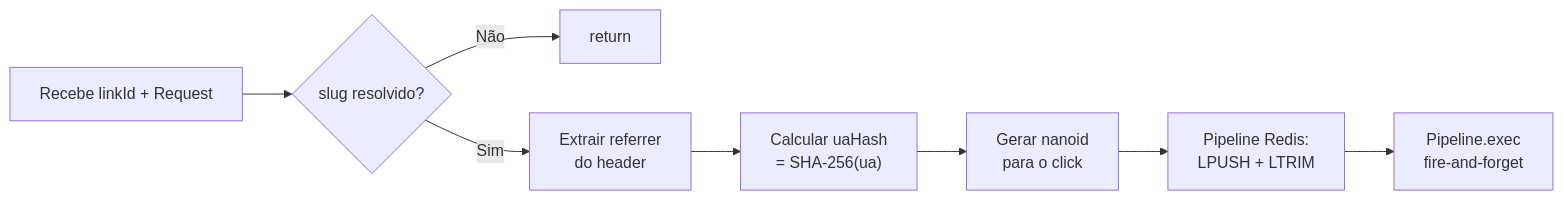
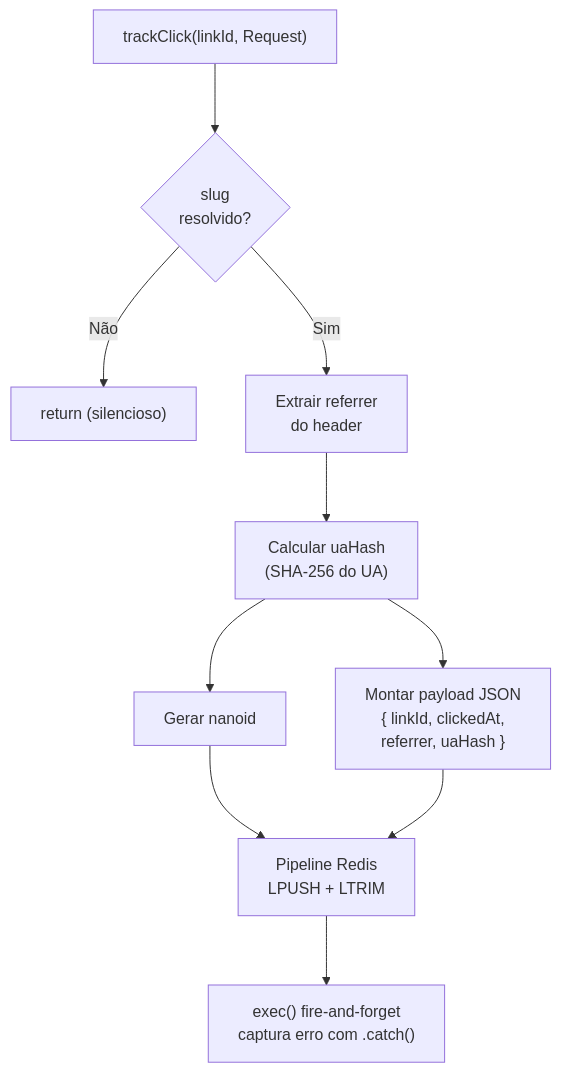
Before and after one commit to eduardoaugustolb/encurtador-url: the second of 3 diagrams in docs/processos-background.md, drawn with Mermaid. The commit also changed other lines of this file and 3 other files, not shown here.

Commit message:
docs: reorganize mermaid diagrams with spacing, autonumber, and color-coded phases

````diff
--- a/docs/processos-background.md
+++ b/docs/processos-background.md
@@ -53,10 +59,19 @@
 ```mermaid
-flowchart LR
-    A["Recebe linkId + Request"] --> B{"slug resolvido?"}
-    B -->|Não| Z["return"]
+%%{init: {'flowchart': {'nodeSpacing': 50, 'rankSpacing': 70}}}%%
+flowchart TB
+    A["trackClick(linkId, Request)"] --> B{"slug<br/>resolvido?"}
+
+    B -->|Não| Z["return (silencioso)"]
+
     B -->|Sim| C["Extrair referrer<br/>do header"]
-    C --> D["Calcular uaHash<br/>= SHA-256(ua)"]
-    D --> E["Gerar nanoid<br/>para o click"]
-    E --> F["Pipeline Redis:<br/>LPUSH + LTRIM"]
-    F --> G["Pipeline.exec<br/>fire-and-forget"]
+    C --> D["Calcular uaHash<br/>(SHA-256 do UA)"]
+
+    D --> E1["Gerar nanoid"]
+    D --> E2["Montar payload JSON<br/>{ linkId, clickedAt,<br/>  referrer, uaHash }"]
+
+    E1 --> F
+    E2 --> F
+
+    F["Pipeline Redis<br/>LPUSH + LTRIM"]
+    F --> G["exec() fire-and-forget<br/>captura erro com .catch()"]
 ```
````
